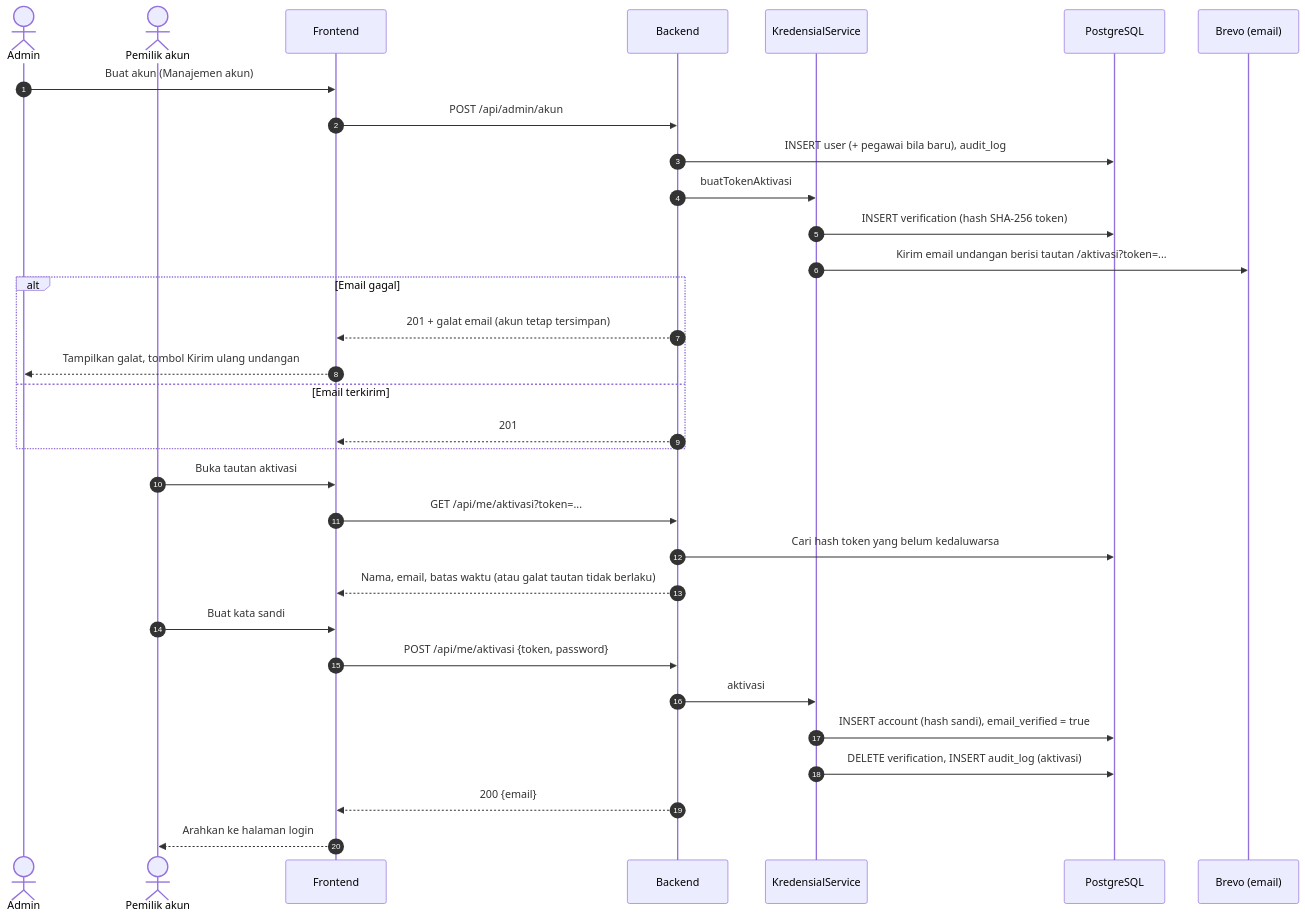
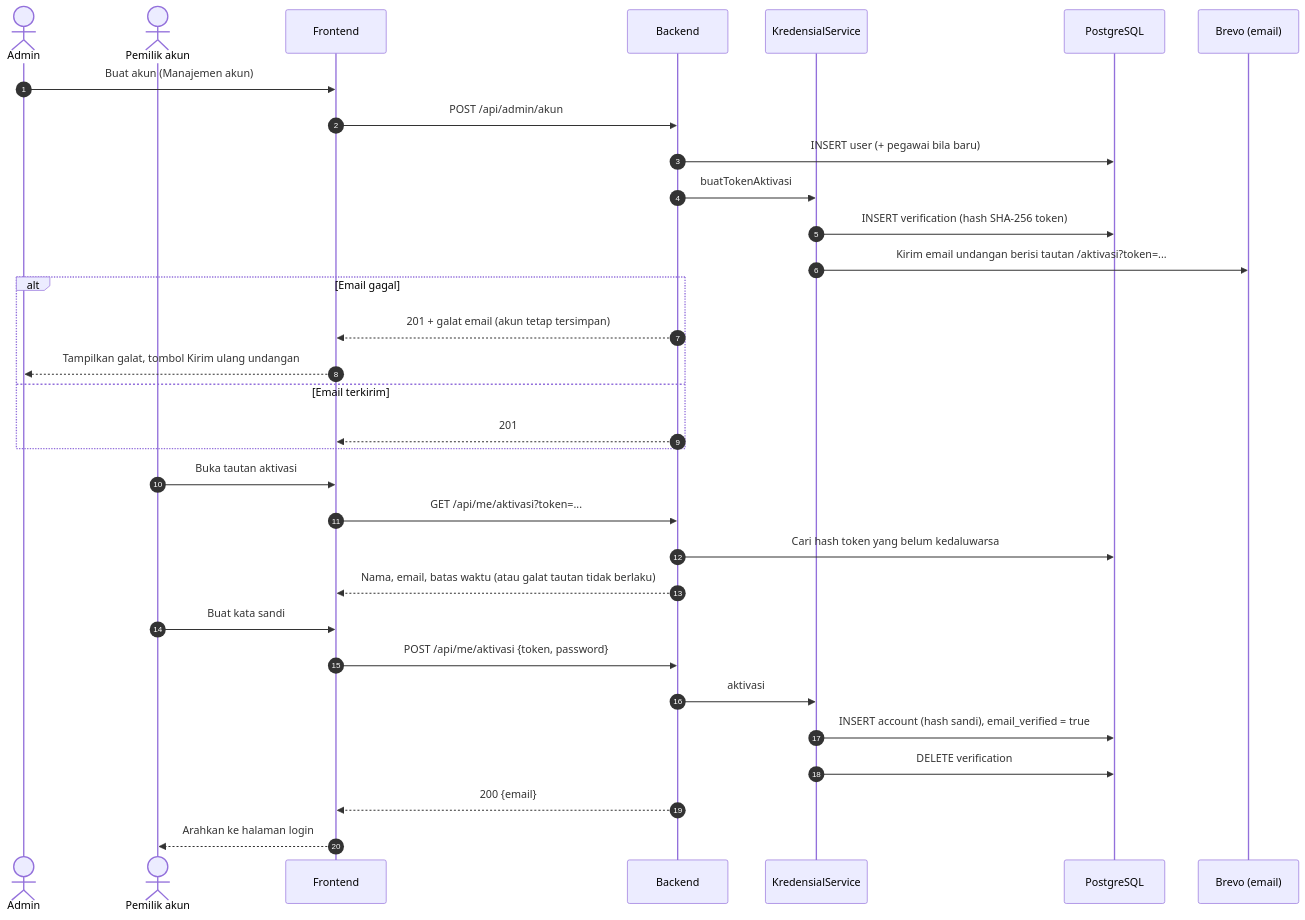
The second of 3 diagrams in docs/uml/03-sequence.md (AhmadsTechDev/kegiatan-kominfo), drawn with Mermaid before and after one commit. The commit also changed other lines of this file and 69 other files, not shown here.

First line of the commit message:
feat: remove audit log feature

````diff
--- a/docs/uml/03-sequence.md
+++ b/docs/uml/03-sequence.md
@@ -47,36 +46,36 @@
 ```mermaid
 sequenceDiagram
     autonumber
     actor Adm as Admin
     actor P as Pemilik akun
     participant W as Frontend
     participant A as Backend
     participant K as KredensialService
     participant DB as PostgreSQL
     participant B as Brevo (email)
 
     Adm->>W: Buat akun (Manajemen akun)
     W->>A: POST /api/admin/akun
-    A->>DB: INSERT user (+ pegawai bila baru), audit_log
+    A->>DB: INSERT user (+ pegawai bila baru)
     A->>K: buatTokenAktivasi
     K->>DB: INSERT verification (hash SHA-256 token)
     K->>B: Kirim email undangan berisi tautan /aktivasi?token=...
     alt Email gagal
         A-->>W: 201 + galat email (akun tetap tersimpan)
         W-->>Adm: Tampilkan galat, tombol Kirim ulang undangan
     else Email terkirim
         A-->>W: 201
     end
 
     P->>W: Buka tautan aktivasi
     W->>A: GET /api/me/aktivasi?token=...
     A->>DB: Cari hash token yang belum kedaluwarsa
     A-->>W: Nama, email, batas waktu (atau galat tautan tidak berlaku)
     P->>W: Buat kata sandi
     W->>A: POST /api/me/aktivasi {token, password}
     A->>K: aktivasi
     K->>DB: INSERT account (hash sandi), email_verified = true
-    K->>DB: DELETE verification, INSERT audit_log (aktivasi)
+    K->>DB: DELETE verification
     A-->>W: 200 {email}
     W-->>P: Arahkan ke halaman login
 ```
````
